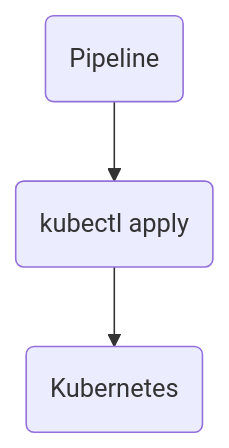
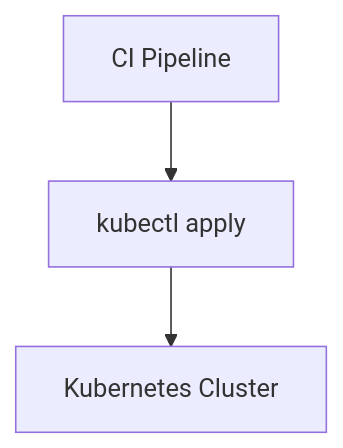
One commit to bymalathi/flavorforge-azure-devsecops-capstone changed diagram 15 of 29 in README.md. Above: the diagram before and after it, drawn with Mermaid. The commit also changed other lines of this file, not shown here.

````diff
--- a/README.md
+++ b/README.md
@@ -807,9 +958,9 @@
 ```mermaid
 flowchart TD
-    A(Pipeline)
-    B(kubectl apply)
-    C(Kubernetes)
+    A[CI Pipeline]
+    B[kubectl apply]
+    C[Kubernetes Cluster]
 
     A --> B
     B --> C
 ```
````
